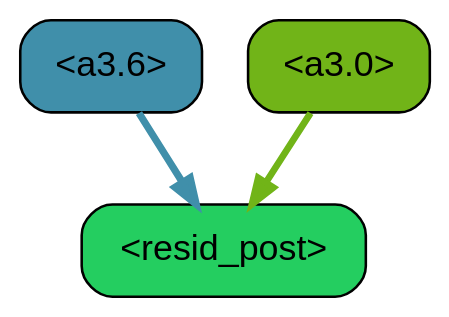
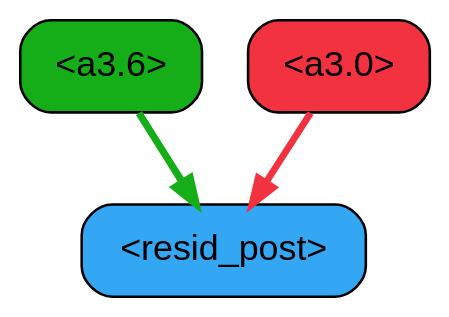
Before and after one commit to Aaquib111/edge-attribution-patching: the diagram in thresh_sweep/ims/docstring_absval_edge/thresh0.75_img_1.gv, drawn with Graphviz. The commit also changed 3 other files, not shown here.

```diff
--- a/thresh_sweep/ims/docstring_absval_edge/thresh0.75_img_1.gv
+++ b/thresh_sweep/ims/docstring_absval_edge/thresh0.75_img_1.gv
@@ -1,26 +1,26 @@
 strict digraph "" {
 	graph [bgcolor=transparent,
 		layout=dot,
 		overlap=false,
 		splines=true
 	];
 	"<a3.6>"	[color=black,
-		fillcolor="#408faa",
+		fillcolor="#15ae18",
 		fontname=Helvetica,
 		shape=box,
 		style="filled, rounded"];
 	"<resid_post>"	[color=black,
-		fillcolor="#24ce60",
+		fillcolor="#34a7f4",
 		fontname=Helvetica,
 		shape=box,
 		style="filled, rounded"];
-	"<a3.6>" -> "<resid_post>"	[color="#408faa",
+	"<a3.6>" -> "<resid_post>"	[color="#15ae18",
 		penwidth=2.8068289756774902];
 	"<a3.0>"	[color=black,
-		fillcolor="#71b418",
+		fillcolor="#f3323f",
 		fontname=Helvetica,
 		shape=box,
 		style="filled, rounded"];
-	"<a3.0>" -> "<resid_post>"	[color="#71b418",
+	"<a3.0>" -> "<resid_post>"	[color="#f3323f",
 		penwidth=2.6453909873962402];
 }
```
